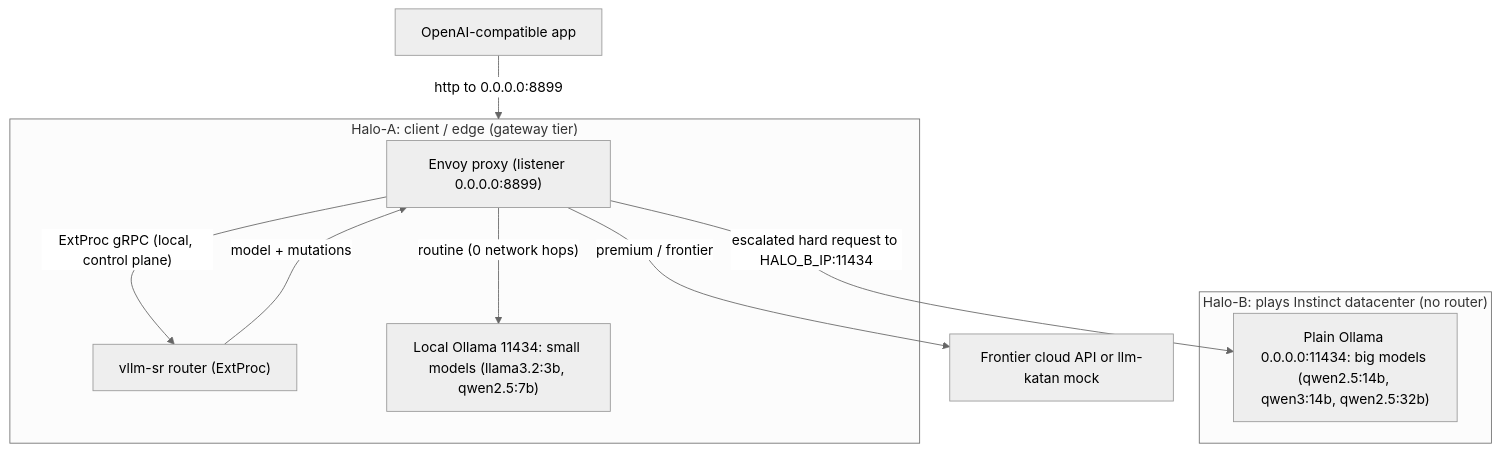
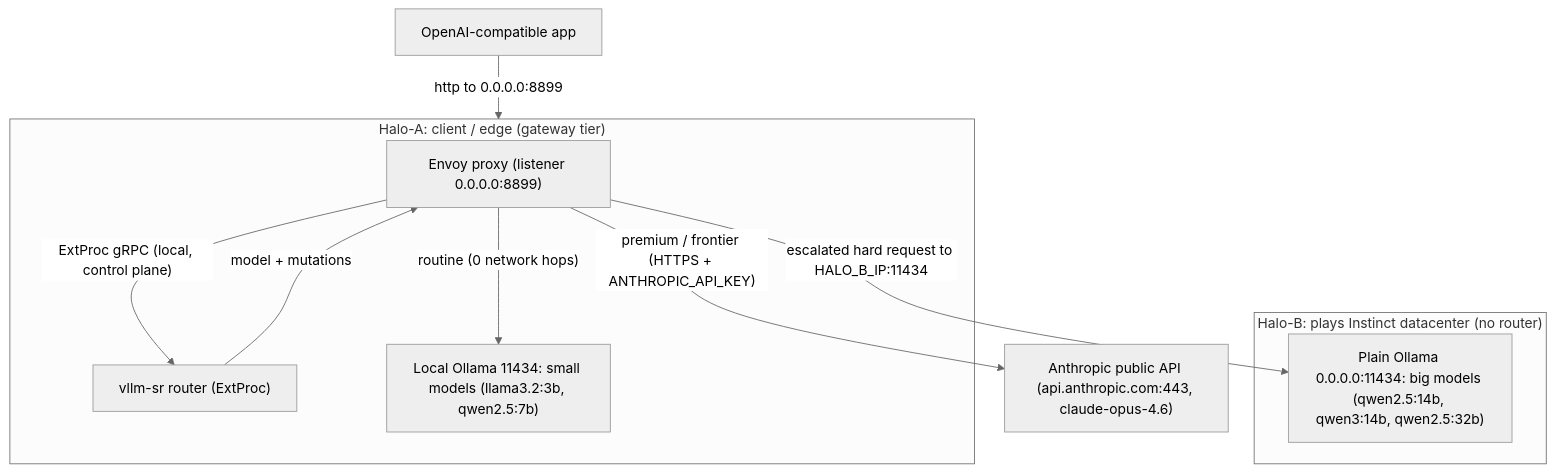
The diagram in docs/poc/07-client-server-topology.md (iiyyll01lin/semantic-router), drawn with Mermaid (neutral theme) before and after one commit. The commit also changed other lines of this file and 5 other files, not shown here.

````diff
--- a/docs/poc/07-client-server-topology.md
+++ b/docs/poc/07-client-server-topology.md
@@ -105,22 +109,22 @@
 ```mermaid
 flowchart TD
     App["OpenAI-compatible app"] -->|"http to 0.0.0.0:8899"| Edge
 
     subgraph Edge ["Halo-A: client / edge (gateway tier)"]
         Envoy["Envoy proxy (listener 0.0.0.0:8899)"]
         Router["vllm-sr router (ExtProc)"]
         SmallModels["Local Ollama 11434: small models (llama3.2:3b, qwen2.5:7b)"]
         Envoy -->|"ExtProc gRPC (local, control plane)"| Router
         Router -->|"model + mutations"| Envoy
         Envoy -->|"routine (0 network hops)"| SmallModels
     end
 
     subgraph Datacenter ["Halo-B: plays Instinct datacenter (no router)"]
         BigModels["Plain Ollama 0.0.0.0:11434: big models (qwen2.5:14b, qwen3:14b, qwen2.5:32b)"]
     end
 
-    Cloud["Frontier cloud API or llm-katan mock"]
+    Cloud["Anthropic public API (api.anthropic.com:443, claude-opus-4.6)"]
 
     Envoy -->|"escalated hard request to HALO_B_IP:11434"| BigModels
-    Envoy -->|"premium / frontier"| Cloud
+    Envoy -->|"premium / frontier (HTTPS + ANTHROPIC_API_KEY)"| Cloud
 ```
````
